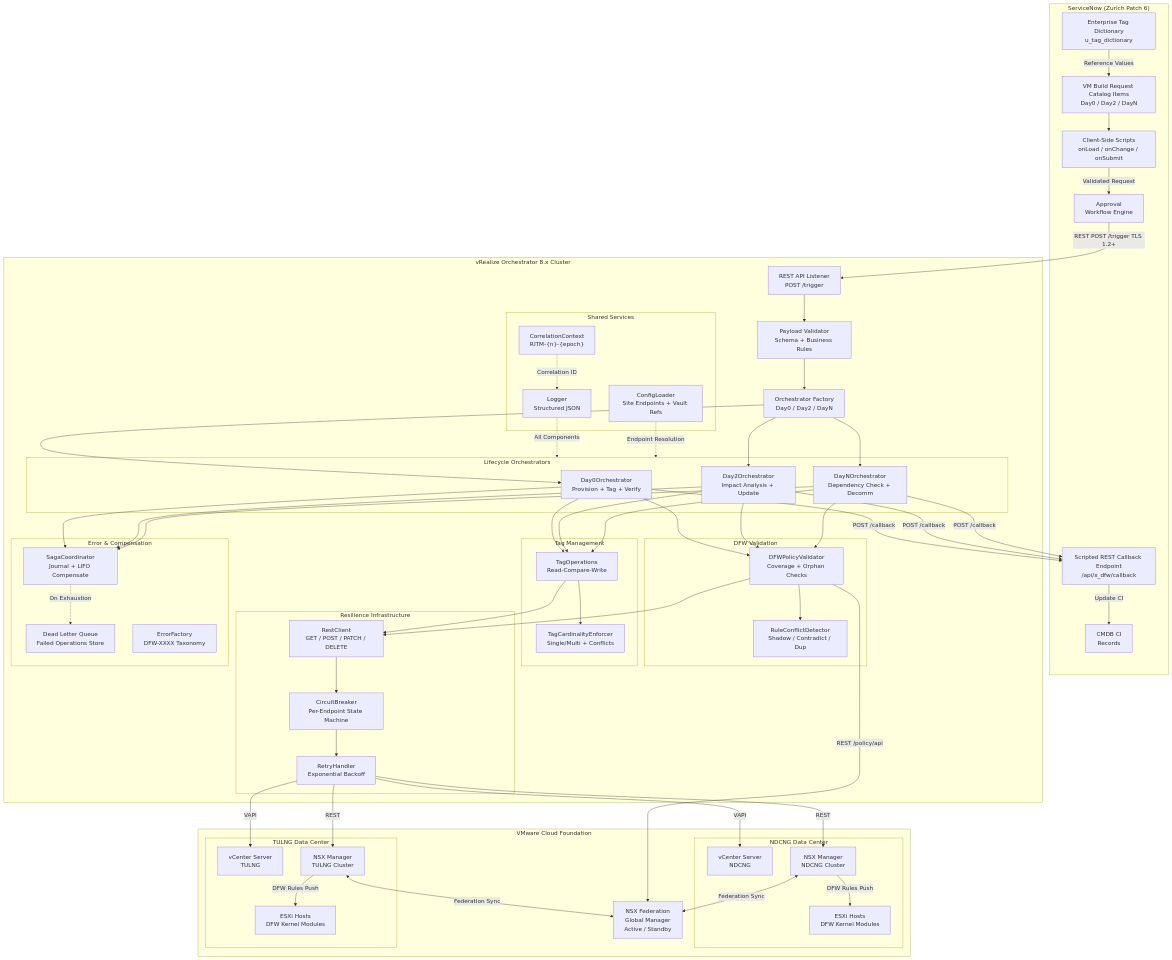
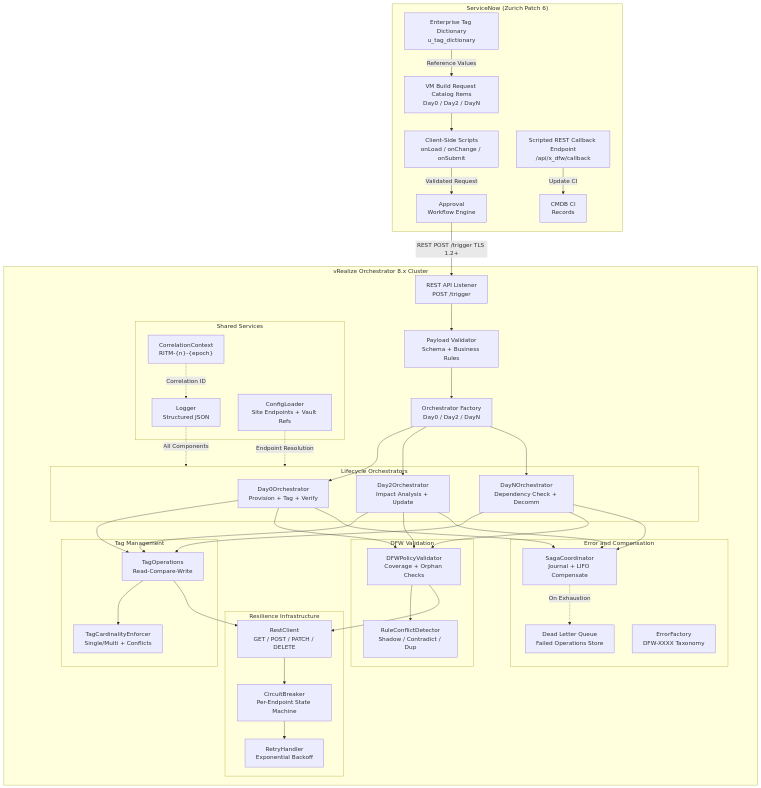
One commit to srikanth-nalam/dfw-automation-pipeline changed the first of 2 diagrams in docs/diagrams/architecture-overview.md. Above: the diagram before and after it, drawn with Mermaid. The commit also changed 12 other files, not shown here.

First line of the commit message:
fix: resolve Mermaid diagram rendering issues across all docs

```diff
--- a/docs/diagrams/architecture-overview.md
+++ b/docs/diagrams/architecture-overview.md
@@ -40,7 +46,7 @@
             REST_CLIENT["RestClient\nGET / POST / PATCH / DELETE"]
         end
 
-        subgraph ERROR_INFRA["Error & Compensation"]
+        subgraph ERROR_INFRA["Error and Compensation"]
             SAGA["SagaCoordinator\nJournal + LIFO Compensate"]
             DLQ["Dead Letter Queue\nFailed Operations Store"]
             ERR_FACTORY["ErrorFactory\nDFW-XXXX Taxonomy"]
@@ -51,20 +57,6 @@
             CONFIG["ConfigLoader\nSite Endpoints + Vault Refs"]
             CORR["CorrelationContext\nRITM-{n}-{epoch}"]
         end
-    end
-
-    subgraph VCF["VMware Cloud Foundation"]
-        subgraph NDCNG["NDCNG Data Center"]
-            VC_N["vCenter Server\nNDCNG"]
-            NSX_N["NSX Manager\nNDCNG Cluster"]
-            ESXI_N["ESXi Hosts\nDFW Kernel Modules"]
-        end
-        subgraph TULNG["TULNG Data Center"]
-            VC_T["vCenter Server\nTULNG"]
-            NSX_T["NSX Manager\nTULNG Cluster"]
-            ESXI_T["ESXi Hosts\nDFW Kernel Modules"]
-        end
-        NSX_GM["NSX Federation\nGlobal Manager\nActive / Standby"]
     end
 
     %% ServiceNow internal flow
@@ -103,24 +95,6 @@
     REST_CLIENT --> CB
     CB --> RETRY
 
-    %% vRO to VMware infrastructure
-    RETRY -->|VAPI| VC_N
-    RETRY -->|VAPI| VC_T
-    RETRY -->|REST| NSX_N
-    RETRY -->|REST| NSX_T
-    DFW_VAL -->|REST /policy/api| NSX_GM
-
-    %% NSX Federation
-    NSX_N <-->|Federation Sync| NSX_GM
-    NSX_T <-->|Federation Sync| NSX_GM
-    NSX_N -->|DFW Rules Push| ESXI_N
-    NSX_T -->|DFW Rules Push| ESXI_T
-
-    %% Callbacks
-    DAY0 -->|POST /callback| CALLBACK_EP
-    DAY2 -->|POST /callback| CALLBACK_EP
-    DAYN -->|POST /callback| CALLBACK_EP
-
     %% Shared services (dotted)
     LOGGER -.->|All Components| LIFECYCLE
     CONFIG -.->|Endpoint Resolution| LIFECYCLE
```
